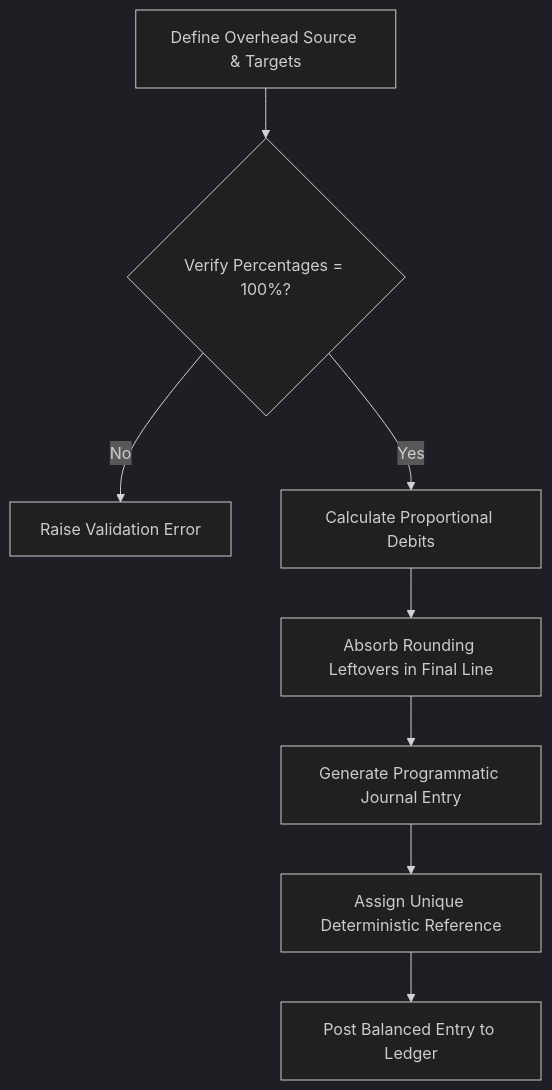
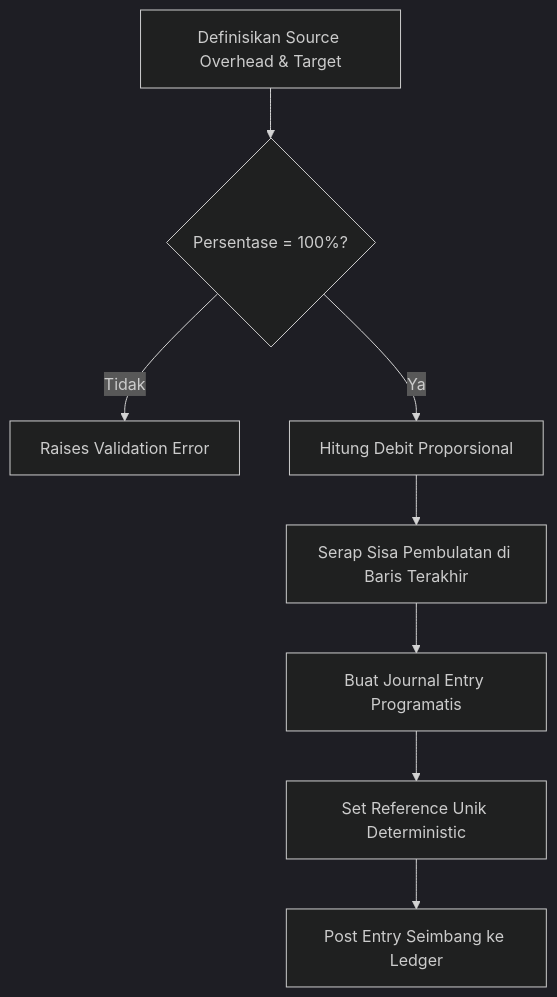
The second of 2 diagrams in README.md (jaizyikhwan/odoo18-cost-center), drawn with Mermaid (dark theme) before and after one commit. The commit also changed other lines of this file, not shown here.

````diff
--- a/README.md
+++ b/README.md
@@ -91,10 +91,10 @@
 ```mermaid
 graph TD
-    A[Define Overhead Source & Targets] --> B{Verify Percentages = 100%?}
-    B -- No --> C[Raise Validation Error]
-    B -- Yes --> D[Calculate Proportional Debits]
-    D --> E[Absorb Rounding Leftovers in Final Line]
-    E --> F[Generate Programmatic Journal Entry]
-    F --> G[Assign Unique Deterministic Reference]
-    G --> H[Post Balanced Entry to Ledger]
+    A[Definisikan Source Overhead & Target] --> B{Persentase = 100%?}
+    B -- Tidak --> C[Raises Validation Error]
+    B -- Ya --> D[Hitung Debit Proporsional]
+    D --> E[Serap Sisa Pembulatan di Baris Terakhir]
+    E --> F[Buat Journal Entry Programatis]
+    F --> G[Set Reference Unik Deterministic]
+    G --> H[Post Entry Seimbang ke Ledger]
 ```
````
